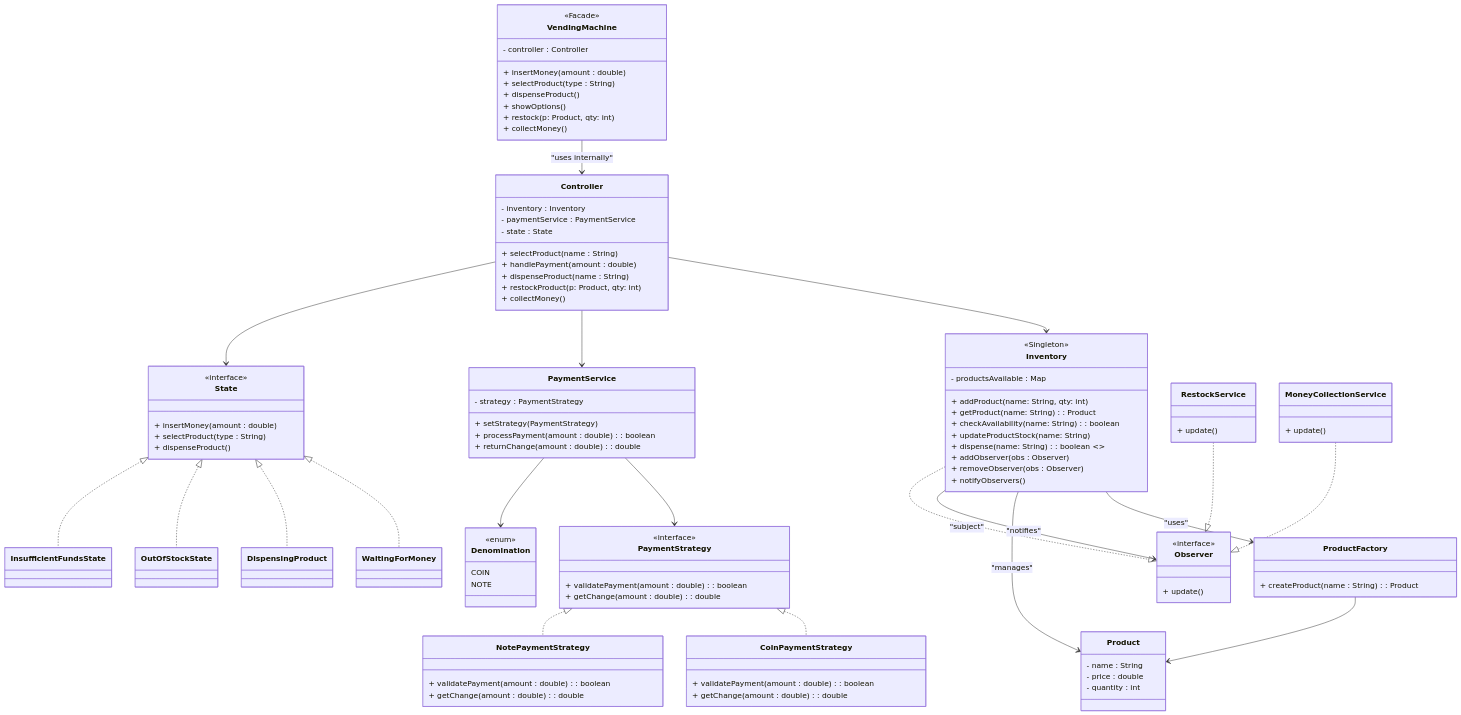
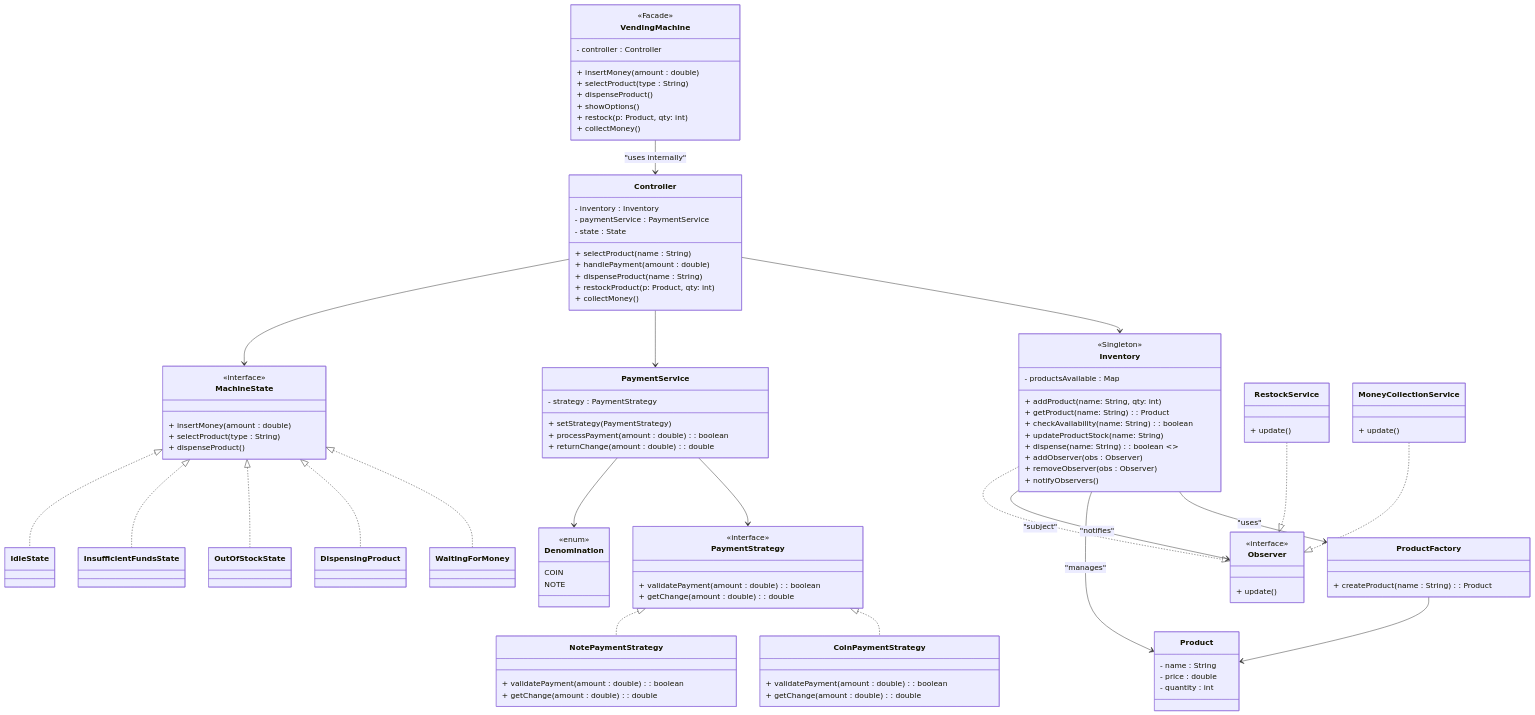
The diagram in code/src/vendingMachine/vendingMachine.md (divyadhimaan/lld-playground), drawn with Mermaid before and after one commit. The commit also changed other lines of this file, not shown here.

Commit message:
Vending Machine: added summary

````diff
--- a/code/src/vendingMachine/vendingMachine.md
+++ b/code/src/vendingMachine/vendingMachine.md
@@ -128,7 +128,7 @@
 
     Controller --> Inventory
     Controller --> PaymentService
-    Controller --> State
+    Controller --> MachineState
 
 %% === Vending Machine (Facade) ===
     class VendingMachine {
@@ -163,7 +163,7 @@
     MoneyCollectionService ..|> Observer
 
 %% === State Pattern ===
-    class State {
+    class MachineState {
         <<interface>>
         + insertMoney(amount : double)
         + selectProduct(type : String)
@@ -174,10 +174,12 @@
     class DispensingProduct
     class OutOfStockState
     class InsufficientFundsState
+    class IdleState
 
-    State <|.. WaitingForMoney
-    State <|.. DispensingProduct
-    State <|.. OutOfStockState
-    State <|.. InsufficientFundsState
+  MachineState <|.. WaitingForMoney
+  MachineState <|.. DispensingProduct
+  MachineState <|.. OutOfStockState
+  MachineState <|.. InsufficientFundsState
+  MachineState <|.. IdleState
 
 ```
````
